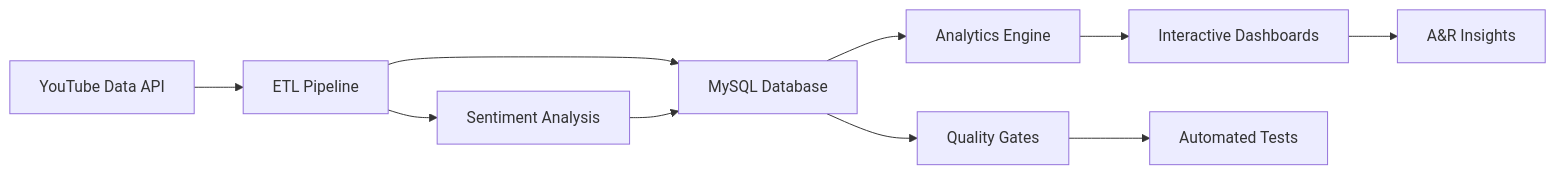
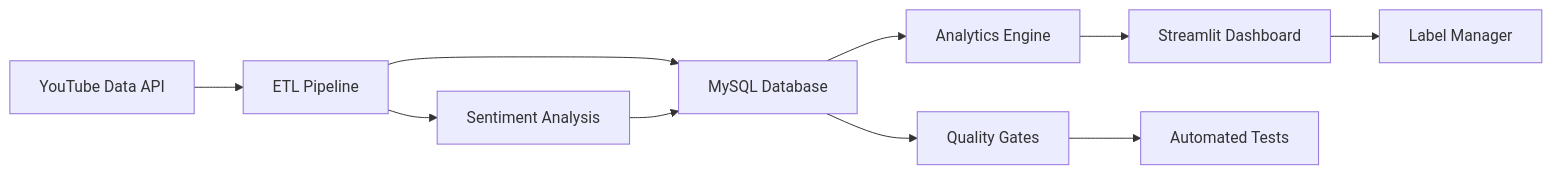
One commit to wmoore012/youtube-music-analytics changed the diagram in README.md. Above: the diagram before and after it, drawn with Mermaid. The commit also changed other lines of this file and 30 other files, not shown here.

````diff
--- a/README.md
+++ b/README.md
@@ -85,14 +101,14 @@
 ```mermaid
 graph LR
     A[YouTube Data API] --> B[ETL Pipeline]
     B --> C[MySQL Database]
     C --> D[Analytics Engine]
-    D --> E[Interactive Dashboards]
-    E --> F[A&R Insights]
+    D --> E[Streamlit Dashboard]
+    E --> F[Label Manager]
 
     B --> G[Sentiment Analysis]
     G --> C
 
     C --> H[Quality Gates]
     H --> I[Automated Tests]
 ```
````
